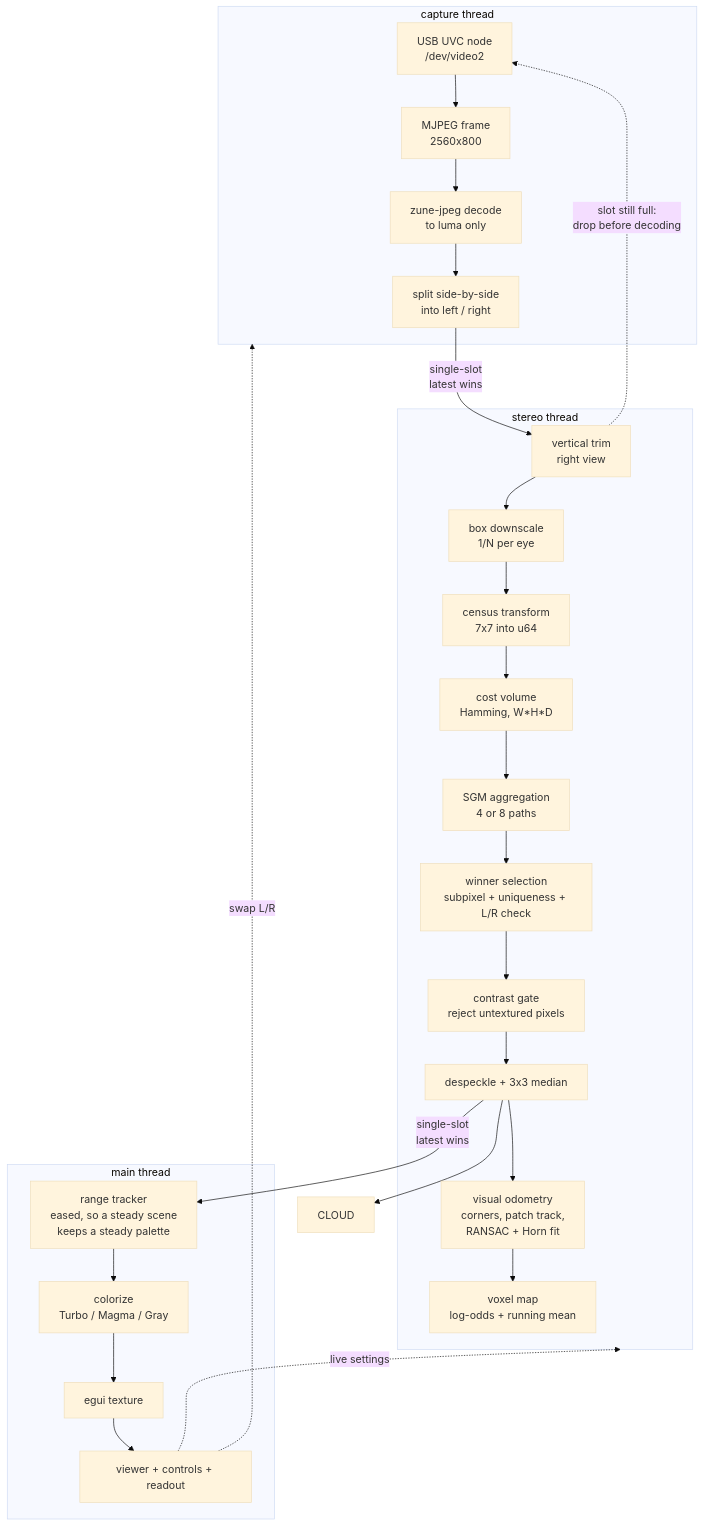
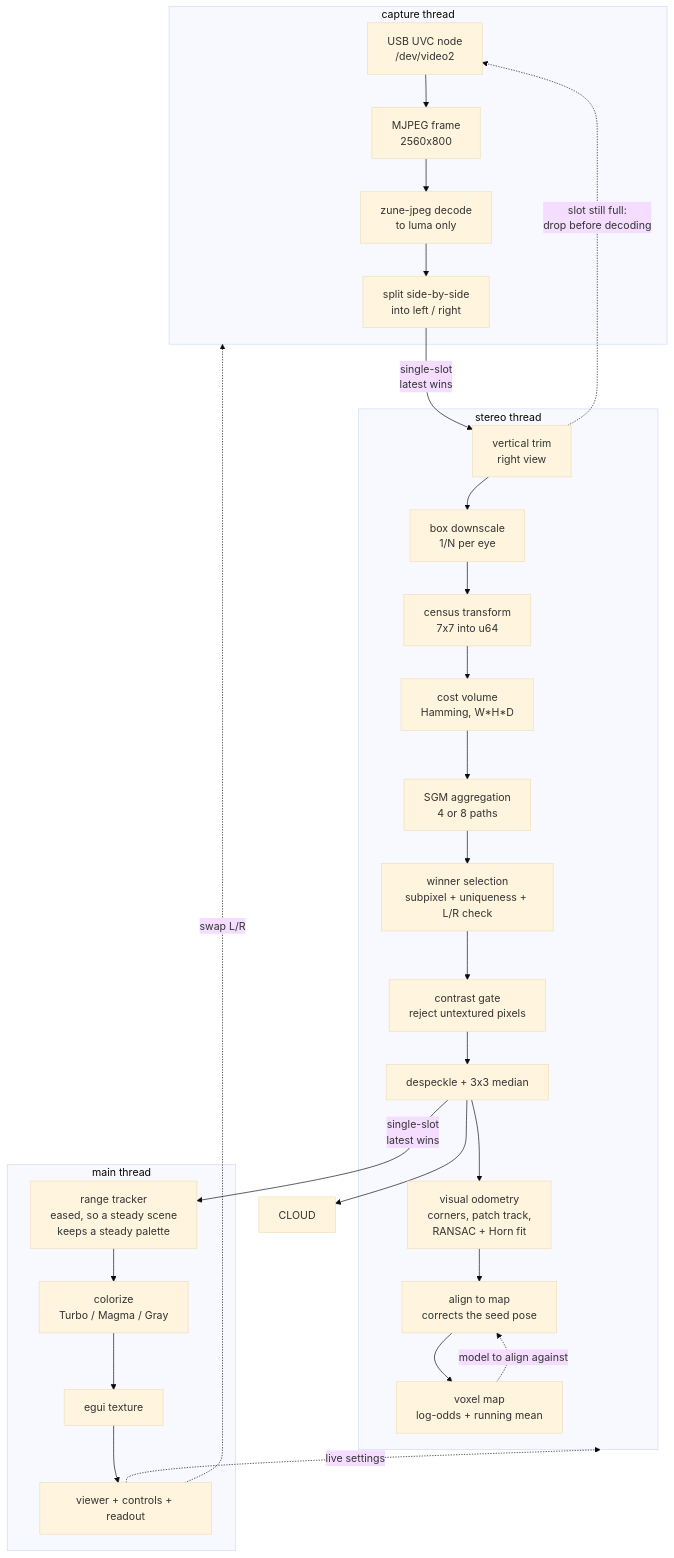
One commit to tmpk13/binocular-camera changed the first of 3 diagrams in ARCHITECTURE.md. Above: the diagram before and after it, drawn with Mermaid (base theme). The commit also changed other lines of this file and 8 other files, not shown here.

````diff
--- a/ARCHITECTURE.md
+++ b/ARCHITECTURE.md
@@ -5,41 +5,43 @@
 ```mermaid
 flowchart TD
     subgraph capture["capture thread"]
         USB["USB UVC node<br/>/dev/video2"]
         MJPEG["MJPEG frame<br/>2560x800"]
         DEC["zune-jpeg decode<br/>to luma only"]
         SPLIT["split side-by-side<br/>into left / right"]
         USB --> MJPEG --> DEC --> SPLIT
     end
 
     subgraph worker["stereo thread"]
         TRIM["vertical trim<br/>right view"]
         DOWN["box downscale<br/>1/N per eye"]
         CENSUS["census transform<br/>7x7 into u64"]
         COST["cost volume<br/>Hamming, W*H*D"]
         SGM["SGM aggregation<br/>4 or 8 paths"]
         WTA["winner selection<br/>subpixel + uniqueness + L/R check"]
         GATE["contrast gate<br/>reject untextured pixels"]
         CLEAN["despeckle + 3x3 median"]
         ODOM["visual odometry<br/>corners, patch track,<br/>RANSAC + Horn fit"]
+        ICP["align to map<br/>corrects the seed pose"]
         FUSE["voxel map<br/>log-odds + running mean"]
         TRIM --> DOWN --> CENSUS --> COST --> SGM --> WTA --> GATE --> CLEAN
-        CLEAN --> ODOM --> FUSE
+        CLEAN --> ODOM --> ICP --> FUSE
+        FUSE -.->|"model to align against"| ICP
     end
 
     subgraph ui["main thread"]
         RANGE["range tracker<br/>eased, so a steady scene<br/>keeps a steady palette"]
         COLOR["colorize<br/>Turbo / Magma / Gray"]
         RANGE --> COLOR
         TEX["egui texture"]
         DRAW["viewer + controls + readout"]
         COLOR --> TEX --> DRAW
     end
 
     SPLIT -->|"single-slot<br/>latest wins"| TRIM
     TRIM -.->|"slot still full:<br/>drop before decoding"| USB
     CLEAN -->|"single-slot<br/>latest wins"| RANGE
     CLEAN --> CLOUD
     DRAW -.->|"live settings"| worker
     DRAW -.->|"swap L/R"| capture
 ```
````
